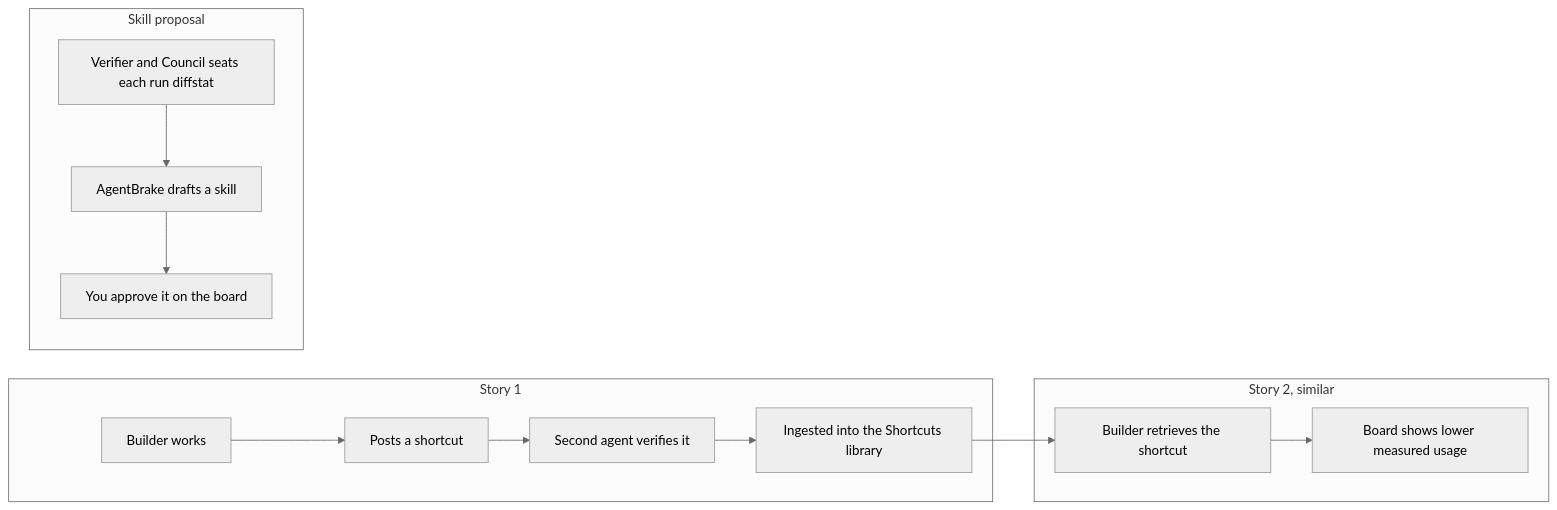
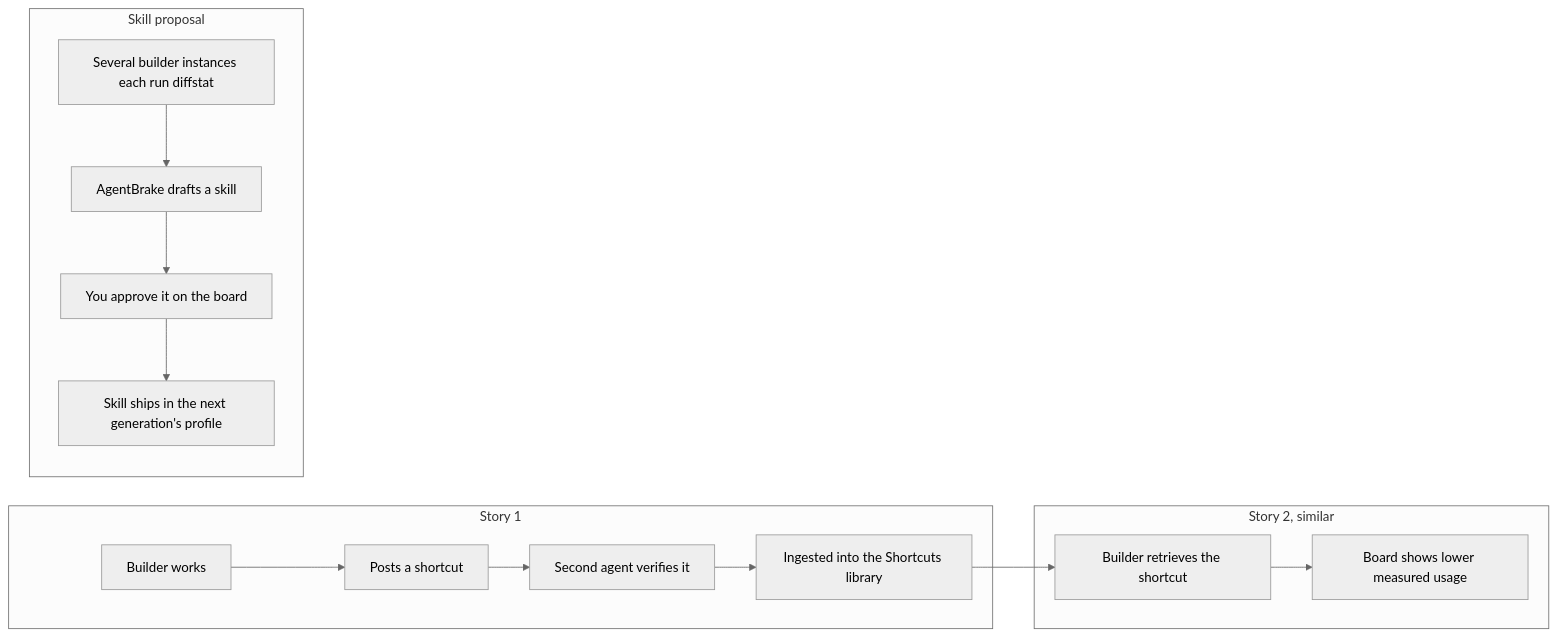
Before and after one commit to Roberto-Trimble/project_jarvis_headquarter: the seventh of 7 diagrams in docs/PROJECT_JARVIS.md, drawn with Mermaid (neutral theme). The commit also changed other lines of this file and 10 other files, not shown here.

````diff
--- a/docs/PROJECT_JARVIS.md
+++ b/docs/PROJECT_JARVIS.md
@@ -250,16 +246,17 @@
 ```mermaid
 flowchart LR
     subgraph T1["Story 1"]
         A1["Builder works"] --> A2["Posts a shortcut"]
         A2 --> A3["Second agent verifies it"]
         A3 --> A4["Ingested into the Shortcuts library"]
     end
     subgraph T2["Story 2, similar"]
         B1["Builder retrieves the shortcut"] --> B2["Board shows lower measured usage"]
     end
     subgraph SK["Skill proposal"]
-        C1["Verifier and Council seats each run diffstat"] --> C2["AgentBrake drafts a skill"]
+        C1["Several builder instances each run diffstat"] --> C2["AgentBrake drafts a skill"]
         C2 --> C3["You approve it on the board"]
+        C3 --> C4["Skill ships in the next generation's profile"]
     end
     A4 --> B1
 ```
````
